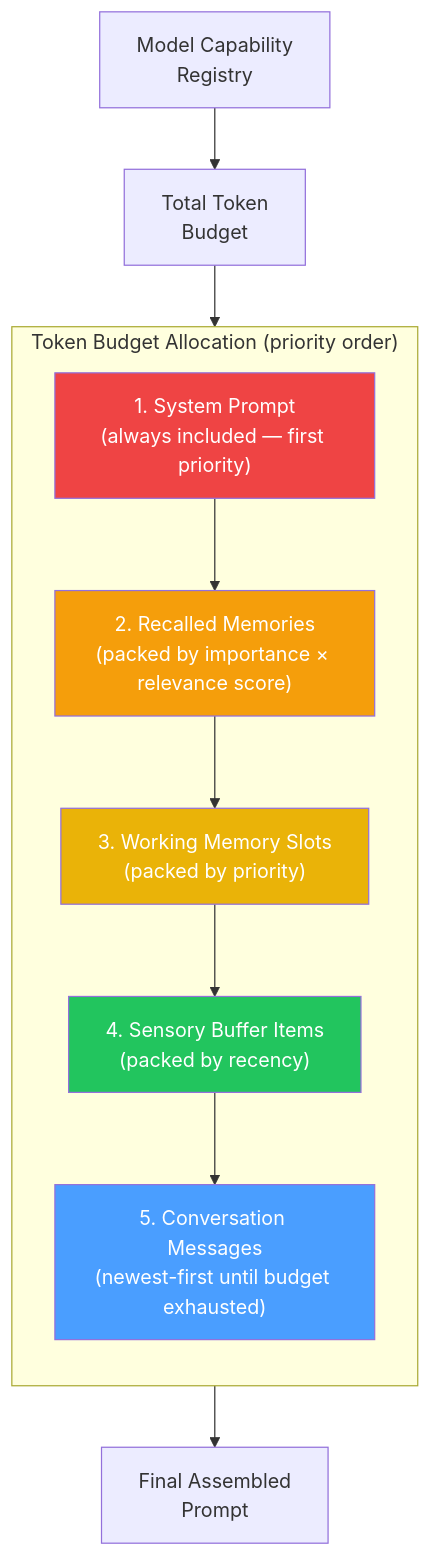
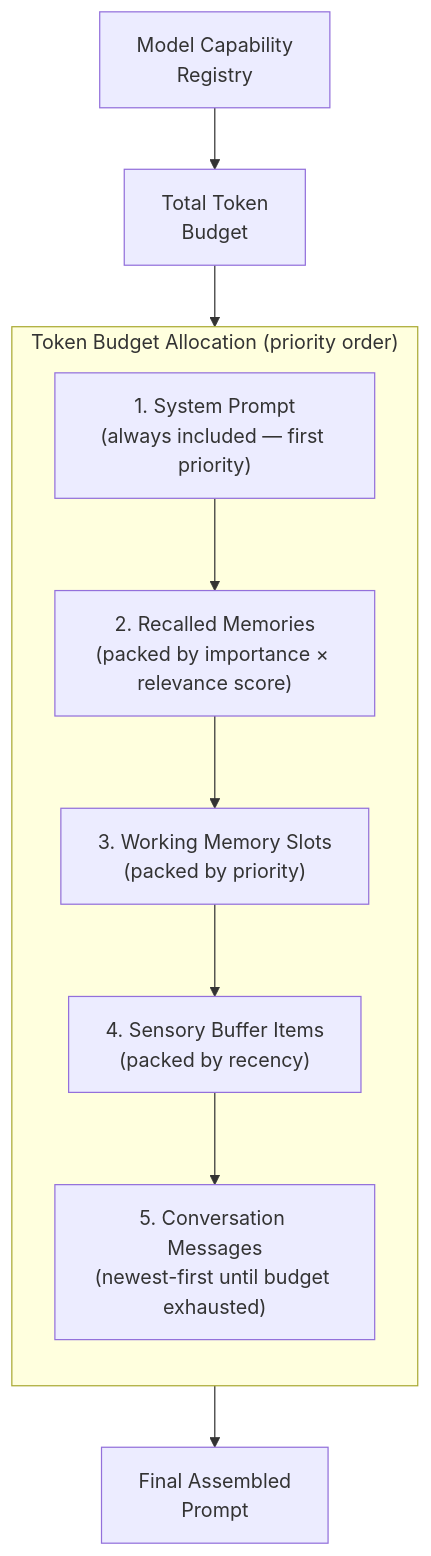
One commit to elisplash/paw changed diagram 12 of 18 in ENGRAM.md. Above: the diagram before and after it, drawn with Mermaid. The commit also changed other lines of this file, not shown here.

Commit message:
docs: add mermaid diagrams throughout ENGRAM.md for visual improvement

````diff
--- a/ENGRAM.md
+++ b/ENGRAM.md
@@ -982,21 +959,16 @@
 ```mermaid
 flowchart TD
     subgraph Budget["Token Budget Allocation (priority order)"]
         direction TB
         P1["1. System Prompt\n(always included — first priority)"]
         P1 --> P2["2. Recalled Memories\n(packed by importance × relevance score)"]
         P2 --> P3["3. Working Memory Slots\n(packed by priority)"]
         P3 --> P4["4. Sensory Buffer Items\n(packed by recency)"]
         P4 --> P5["5. Conversation Messages\n(newest-first until budget exhausted)"]
     end
 
     MODEL["Model Capability\nRegistry"] --> BUDGET["Total Token\nBudget"]
     BUDGET --> Budget
     Budget --> PROMPT["Final Assembled\nPrompt"]
 
-    style P1 fill:#ef4444,color:#fff
-    style P2 fill:#f59e0b,color:#fff
-    style P3 fill:#eab308,color:#fff
-    style P4 fill:#22c55e,color:#fff
-    style P5 fill:#4a9eff,color:#fff
 ```
````
